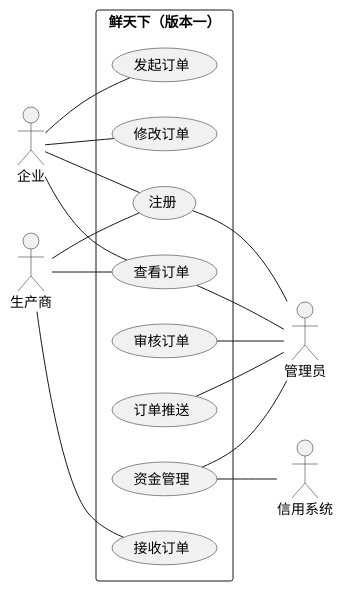
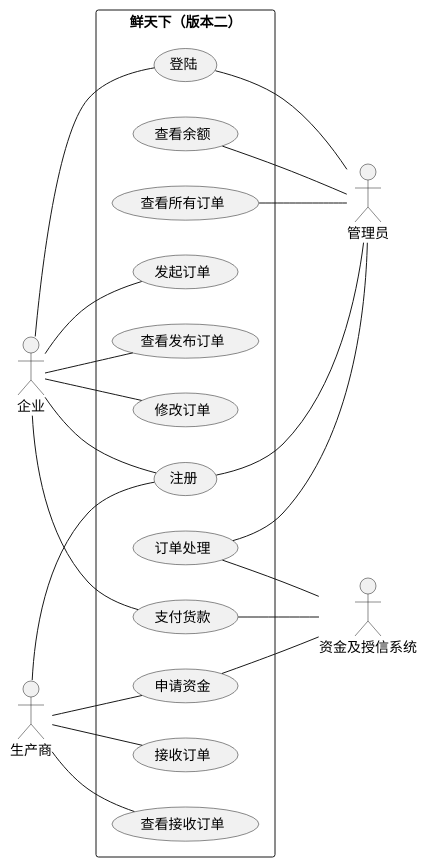
The diagram in report/figure/usecase.wsd (wwyf/Waterfall), drawn with PlantUML before and after one commit. The commit also changed other lines of this file, not shown here.

```diff
--- a/report/figure/usecase.wsd
+++ b/report/figure/usecase.wsd
@@ -1,25 +28,29 @@
 @startuml
 left to right direction
 skinparam packageStyle rectangle
 ' skinparam roundcorner 80
 actor 企业
 actor 生产商
-actor 信用系统
 actor 管理员
-rectangle 鲜天下（版本一） {
+actor 资金及授信系统
+rectangle 鲜天下（版本二） {
   企业 -- (注册)  
+  企业 -- (登陆) 
   企业 -- (发起订单)
-  企业 -- (查看订单)
+  企业 -- (支付货款)
+  企业 -- (查看发布订单)
   企业 -- (修改订单) 
-  (审核订单) -- 管理员
-  (资金管理) -- 管理员
+  (订单处理) -- 管理员
+  (登陆) -- 管理员
+  (查看余额) -- 管理员
   (注册) -- 管理员
-  (订单推送) -- 管理员
-  (查看订单) -- 管理员
+  (查看所有订单) -- 管理员
+  (支付货款) -- 资金及授信系统
+  (订单处理) -- 资金及授信系统
+  (申请资金) -- 资金及授信系统
   生产商 -- (接收订单)
+  生产商 -- (申请资金)
   生产商 -- (注册)
-  生产商 -- (查看订单) 
-  (资金管理) -- 信用系统
- 
+  生产商 -- (查看接收订单) 
 }
 @enduml
```
